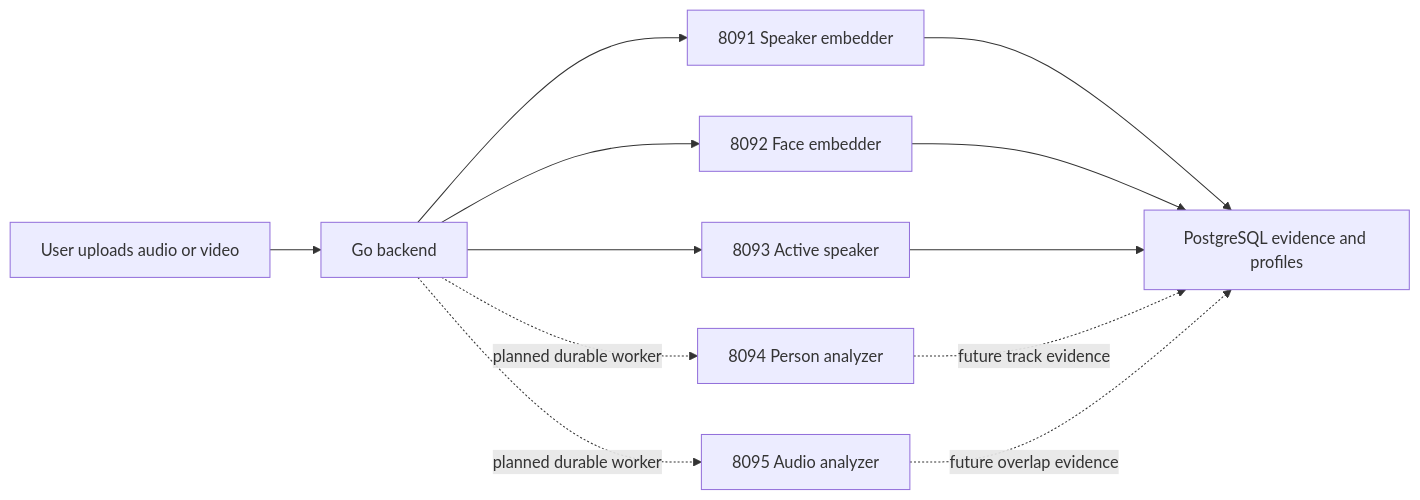
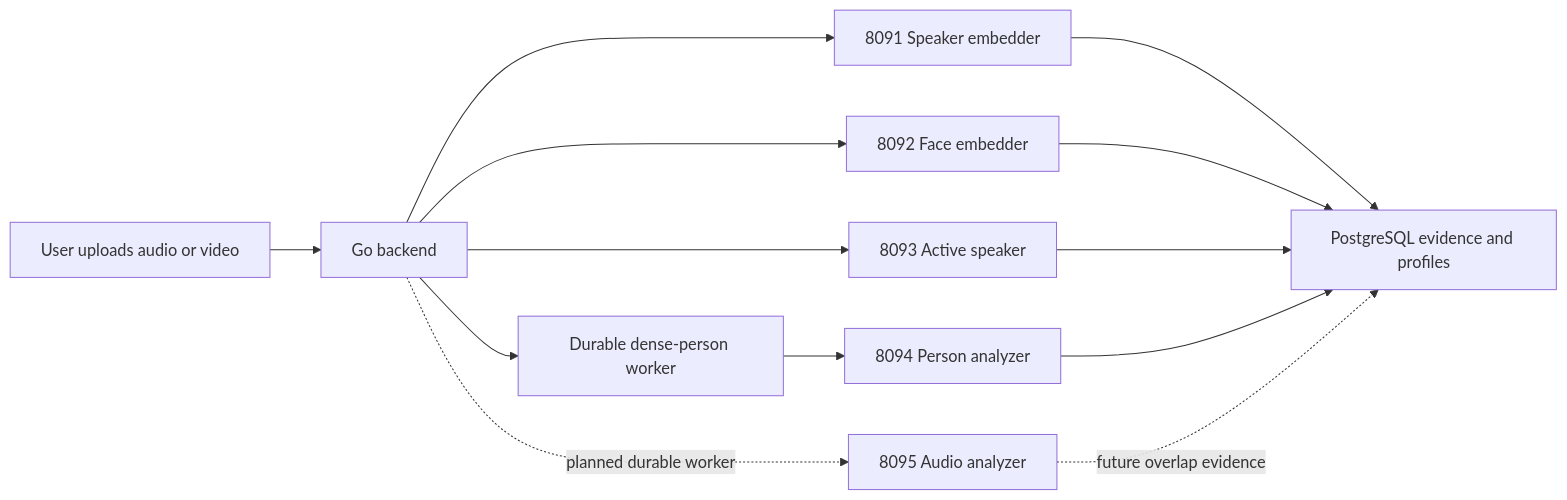
Before and after one commit to arhamstuffpie/Second-Brain: the diagram in ML_SERVICES.md, drawn with Mermaid. The commit also changed other lines of this file and 20 other files, not shown here.

````diff
--- a/ML_SERVICES.md
+++ b/ML_SERVICES.md
@@ -25,17 +24,18 @@
 ```mermaid
 flowchart LR
     U["User uploads audio or video"] --> B["Go backend"]
 
     B --> S["8091 Speaker embedder"]
     B --> F["8092 Face embedder"]
     B --> A["8093 Active speaker"]
 
-    B -. "planned durable worker" .-> P["8094 Person analyzer"]
+    B --> W["Durable dense-person worker"]
+    W --> P["8094 Person analyzer"]
     B -. "planned durable worker" .-> D["8095 Audio analyzer"]
 
     S --> DB["PostgreSQL evidence and profiles"]
     F --> DB
     A --> DB
-    P -. "future track evidence" .-> DB
+    P --> DB
     D -. "future overlap evidence" .-> DB
 ```
````
